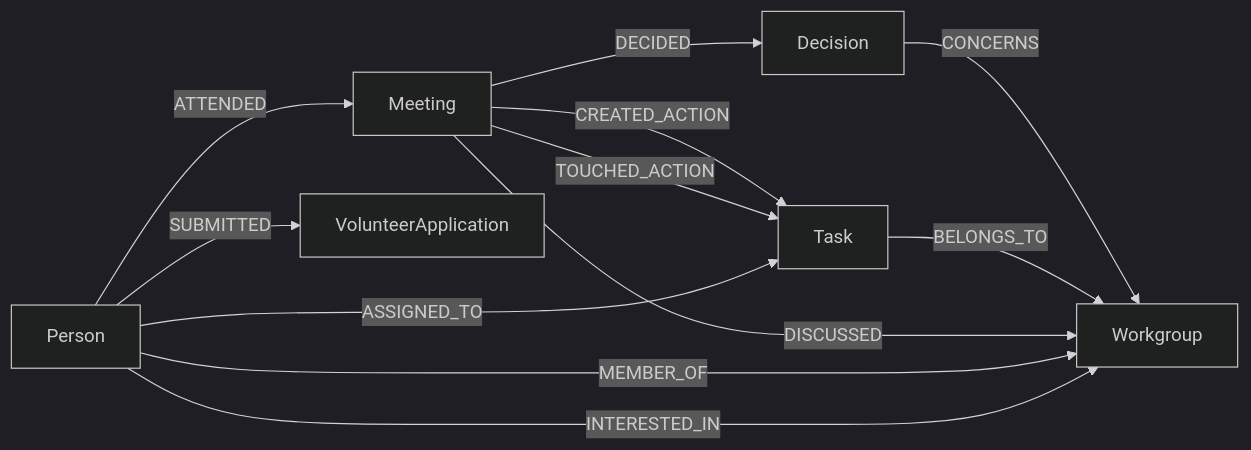
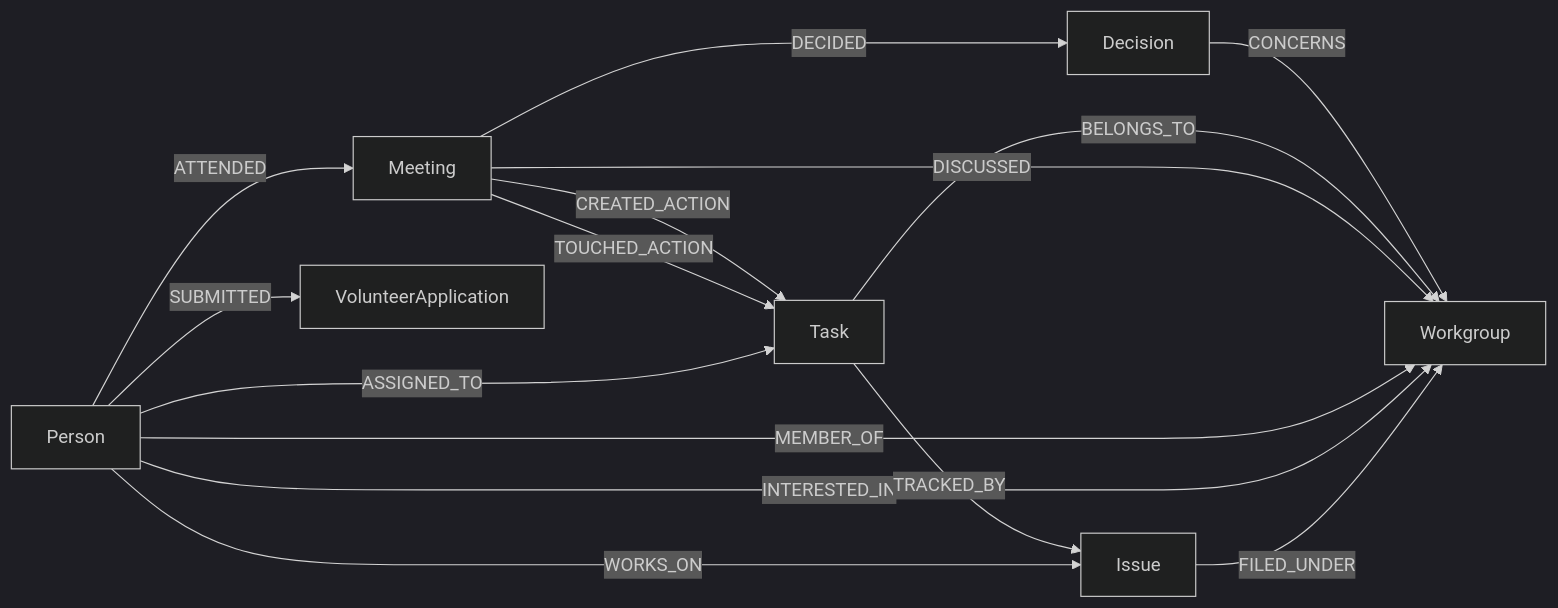
Before and after one commit to Haleshot/scipy-india-organizing-tracker: the diagram in docs/graph-model.md, drawn with Mermaid (dark theme). The commit also changed other lines of this file and 15 other files, not shown here.

````diff
--- a/docs/graph-model.md
+++ b/docs/graph-model.md
@@ -9,14 +10,17 @@
 ```mermaid
 graph LR
     P[Person] -->|ATTENDED| M[Meeting]
     M -->|DECIDED| D[Decision]
     D -->|CONCERNS| W[Workgroup]
     M -->|CREATED_ACTION| T[Task]
     M -->|TOUCHED_ACTION| T
     P -->|ASSIGNED_TO| T
     T -->|BELONGS_TO| W
     M -->|DISCUSSED| W
     P -->|MEMBER_OF| W
     P -->|INTERESTED_IN| W
     P -->|SUBMITTED| A[VolunteerApplication]
+    T -->|TRACKED_BY| I[Issue]
+    P -->|WORKS_ON| I
+    I -->|FILED_UNDER| W
 ```
````
